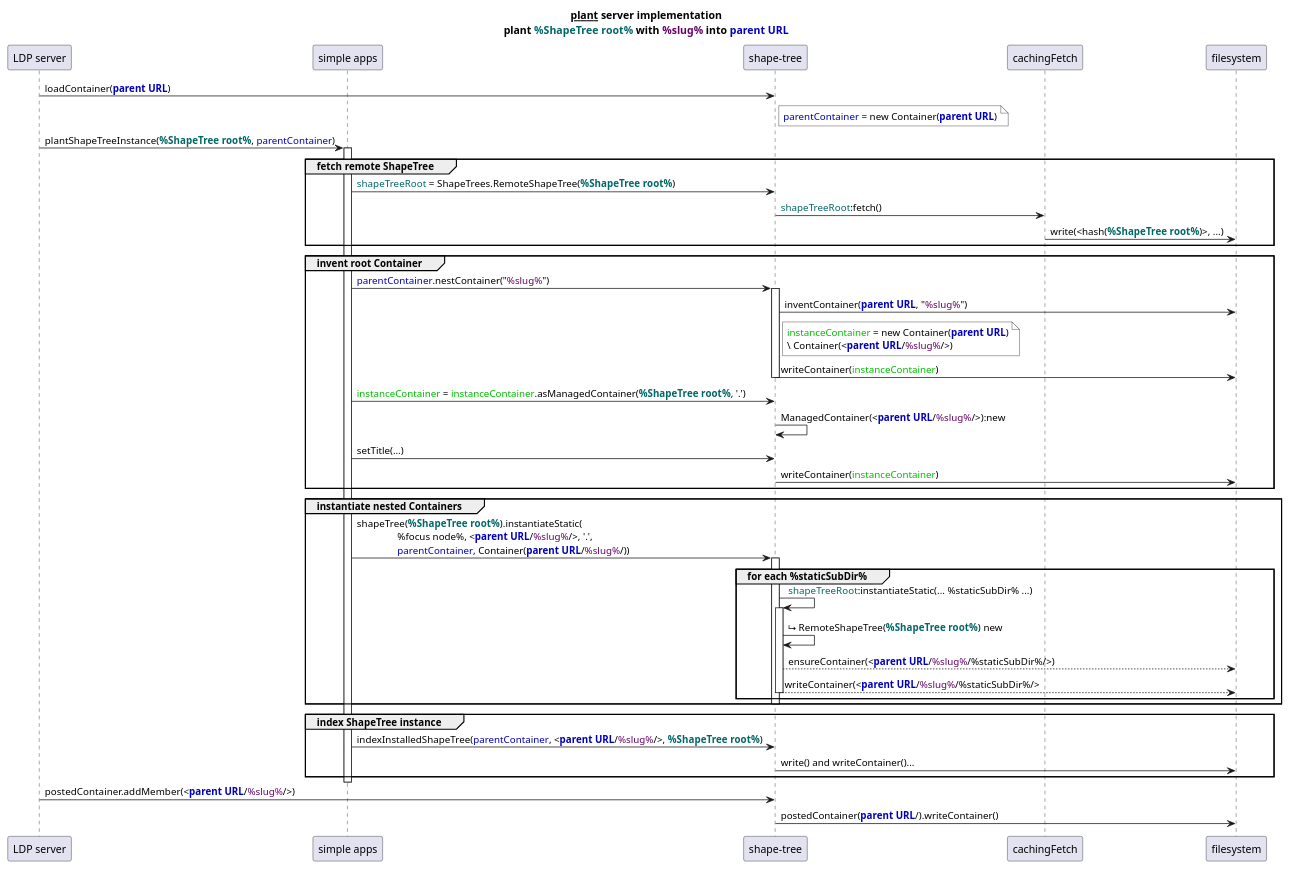
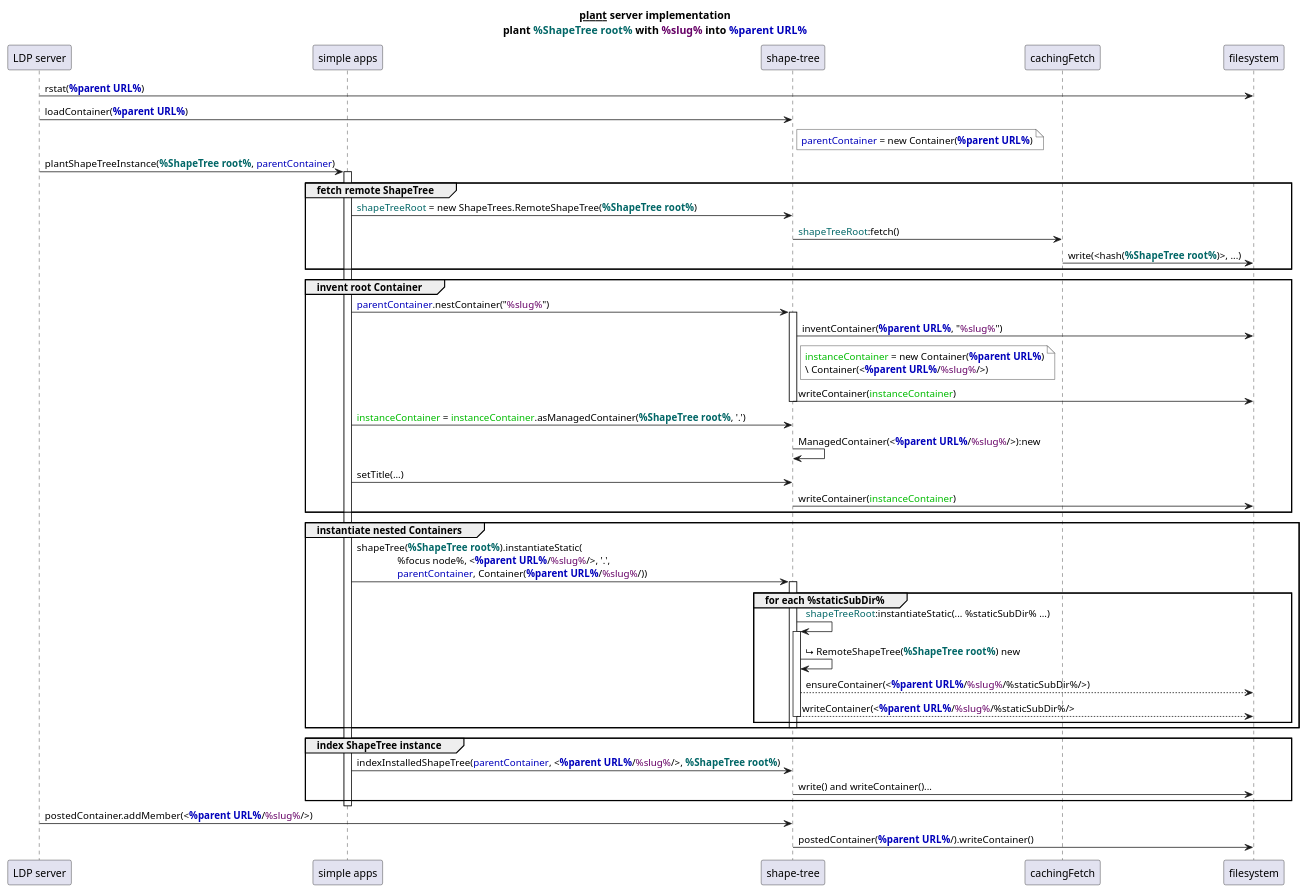
One commit to shapetrees/shapetree.js-old changed the diagram in doc/server-plant.pu. Above: the diagram before and after it, drawn with PlantUML. The commit also changed 1 other file, not shown here.

Commit message:
~ fix up process diagram constants

```diff
--- a/doc/server-plant.pu
+++ b/doc/server-plant.pu
@@ -1,59 +1,60 @@
 participant caller as "LDP server"
 participant ecosystem as "simple apps"
 participant ST as "shape-tree"
 participant cache as "cachingFetch"
 participant fs as "filesystem"
 title
         <u>plant</u> server implementation
-        plant <color #066>**%ShapeTree root%**</color> with <color #606>%slug%</color> into <color #00b>**parent URL**</color>
+        plant <color #066>**%ShapeTree root%**</color> with <color #606>%slug%</color> into <color #00b>**%parent URL%**</color>
 end title
 
-caller -> ST: loadContainer(<color #00b>**parent URL**</color>)
-note right of ST #fff: <color #00b>parentContainer</color> = new Container(<color #00b>**parent URL**</color>)
+caller -> fs: rstat(<color #00b>**%parent URL%**</color>)
+caller -> ST: loadContainer(<color #00b>**%parent URL%**</color>)
+note right of ST #fff: <color #00b>parentContainer</color> = new Container(<color #00b>**%parent URL%**</color>)
 
 caller -> ecosystem: plantShapeTreeInstance(<color #066>**%ShapeTree root%**</color>, <color #00b>parentContainer</color>)
 activate ecosystem
 
         group fetch remote ShapeTree
-                ecosystem -> ST #eef: <color #066>shapeTreeRoot</color> = ShapeTrees.RemoteShapeTree(<color #066>**%ShapeTree root%**</color>)
+                ecosystem -> ST #eef: <color #066>shapeTreeRoot</color> = new ShapeTrees.RemoteShapeTree(<color #066>**%ShapeTree root%**</color>)
                 ST -> cache: <color #066>shapeTreeRoot</color>:fetch()
                 cache -> fs: write(<hash(<color #066>**%ShapeTree root%**</color>)>, ...)
         end
 
         group invent root Container
                 ecosystem -> ST: <color #00b>parentContainer</color>.nestContainer("<color #606>%slug%</color>")
                 activate ST
-                        ST -> fs: inventContainer(<color #00b>**parent URL**</color>, "<color #606>%slug%</color>")
-                        note right of ST #fff: <color #0b0>instanceContainer</color> = new Container(<color #00b>**parent URL**</color>)\n\\ Container(<<color #00b>**parent URL**</color>/<color #606>%slug%</color>/>)
+                        ST -> fs: inventContainer(<color #00b>**%parent URL%**</color>, "<color #606>%slug%</color>")
+                        note right of ST #fff: <color #0b0>instanceContainer</color> = new Container(<color #00b>**%parent URL%**</color>)\n\\ Container(<<color #00b>**%parent URL%**</color>/<color #606>%slug%</color>/>)
                         ST -> fs:writeContainer(<color #0b0>instanceContainer</color>)
                 deactivate ST
                 ecosystem -> ST #eef: <color #0b0>instanceContainer</color> = <color #0b0>instanceContainer</color>.asManagedContainer(<color #066>**%ShapeTree root%**</color>, '.')
-                ST -> ST:ManagedContainer(<<color #00b>**parent URL**</color>/<color #606>%slug%</color>/>):new 
+                ST -> ST:ManagedContainer(<<color #00b>**%parent URL%**</color>/<color #606>%slug%</color>/>):new
                 ecosystem -> ST: setTitle(...)
                 ST -> fs: writeContainer(<color #0b0>instanceContainer</color>)
         end
 
         group instantiate nested Containers
                 ecosystem -> ST: shapeTree(<color #066>**%ShapeTree root%**</color>).instantiateStatic(\n\
-                %focus node%, <<color #00b>**parent URL**</color>/<color #606>%slug%</color>/>, '.', \n\
-                <color #00b>parentContainer</color>, Container(<color #00b>**parent URL**</color>/<color #606>%slug%</color>/))
+                %focus node%, <<color #00b>**%parent URL%**</color>/<color #606>%slug%</color>/>, '.', \n\
+                <color #00b>parentContainer</color>, Container(<color #00b>**%parent URL%**</color>/<color #606>%slug%</color>/))
                 group for each %staticSubDir%
                         activate ST
                                 ST -> ST: <color #066>shapeTreeRoot</color>:instantiateStatic(... %staticSubDir% ...)
                                 activate ST
                                         ST -> ST: ⮡ RemoteShapeTree(<color #066>**%ShapeTree root%**</color>) new
-                                        ST --> fs: ensureContainer(<<color #00b>**parent URL**</color>/<color #606>%slug%</color>/%staticSubDir%/>) 
-                                        ST --> fs: writeContainer(<<color #00b>**parent URL**</color>/<color #606>%slug%</color>/%staticSubDir%/>
+                                        ST --> fs: ensureContainer(<<color #00b>**%parent URL%**</color>/<color #606>%slug%</color>/%staticSubDir%/>)
+                                        ST --> fs: writeContainer(<<color #00b>**%parent URL%**</color>/<color #606>%slug%</color>/%staticSubDir%/>
                                 deactivate ST
                         end
                 deactivate ST
         end
 
         group index ShapeTree instance
-                ecosystem -> ST: indexInstalledShapeTree(<color #00b>parentContainer</color>, <<color #00b>**parent URL**</color>/<color #606>%slug%</color>/>, <color #066>**%ShapeTree root%**</color>)
+                ecosystem -> ST: indexInstalledShapeTree(<color #00b>parentContainer</color>, <<color #00b>**%parent URL%**</color>/<color #606>%slug%</color>/>, <color #066>**%ShapeTree root%**</color>)
                 ST -> fs: write() and writeContainer()...
         end
 deactivate ecosystem
 
-caller -> ST: postedContainer.addMember(<<color #00b>**parent URL**</color>/<color #606>%slug%</color>/>)
-ST -> fs: postedContainer(<color #00b>**parent URL**</color>/).writeContainer()
+caller -> ST: postedContainer.addMember(<<color #00b>**%parent URL%**</color>/<color #606>%slug%</color>/>)
+ST -> fs: postedContainer(<color #00b>**%parent URL%**</color>/).writeContainer()
```
